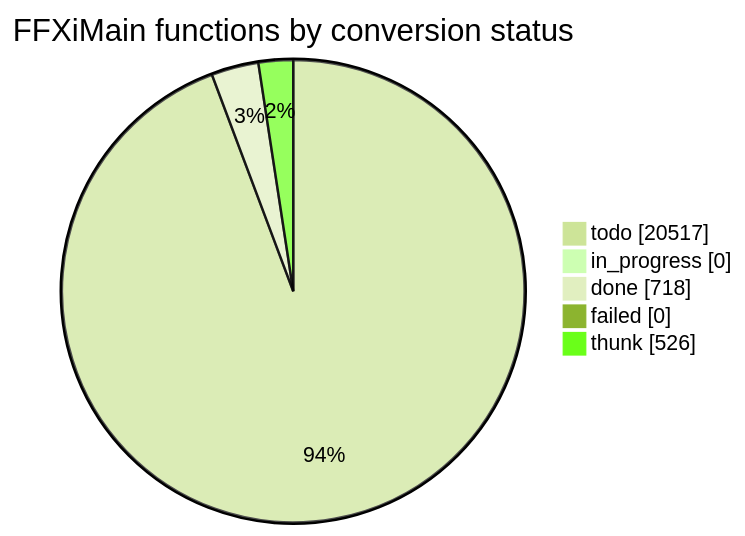
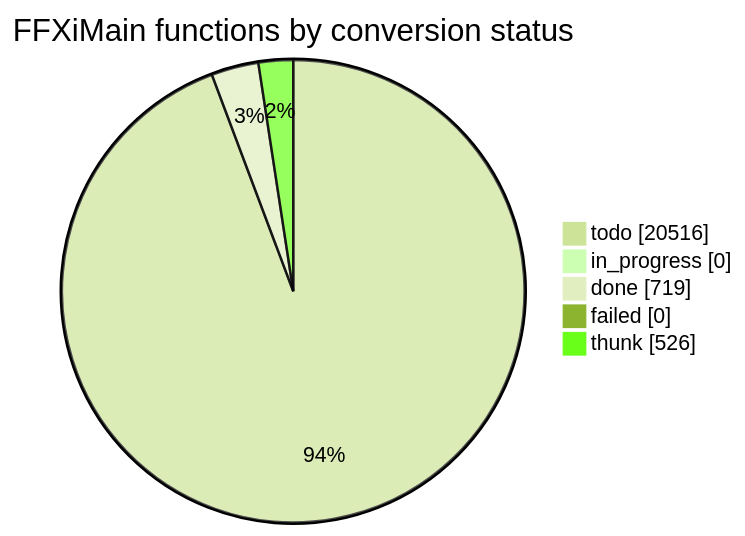
One commit to cowrevenge/cow_kuluu_xi_anything changed the diagram in docs/cow/STATUS.md. Above: the diagram before and after it, drawn with Mermaid (forest theme). The commit also changed other lines of this file and 9 other files, not shown here.

````diff
--- a/docs/cow/STATUS.md
+++ b/docs/cow/STATUS.md
@@ -18,9 +18,9 @@
 ```mermaid
 pie showData
     title FFXiMain functions by conversion status
-    "todo" : 20517
+    "todo" : 20516
     "in_progress" : 0
-    "done" : 718
+    "done" : 719
     "failed" : 0
     "thunk" : 526
 ```
````
